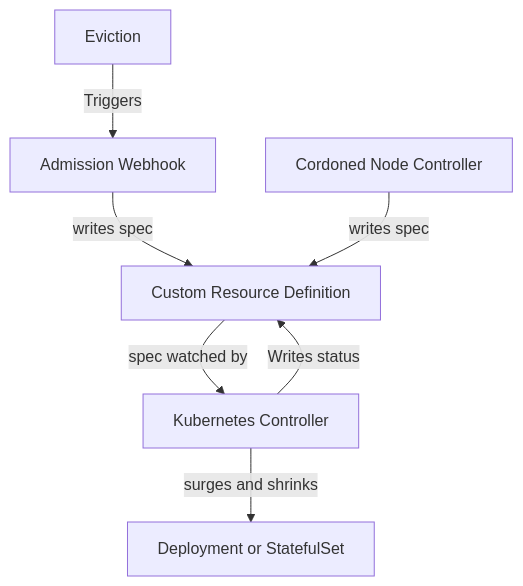
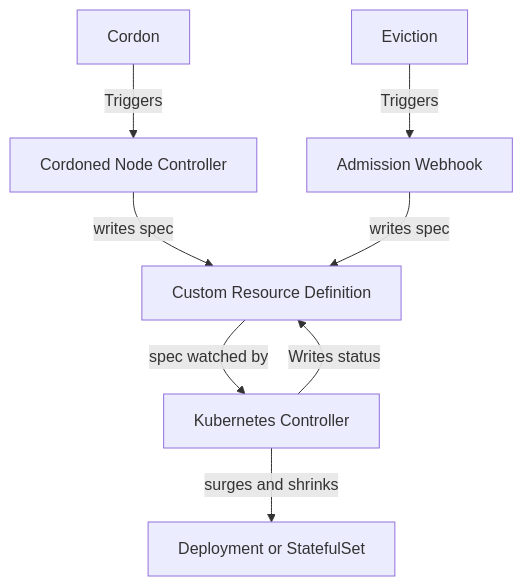
The diagram in README.md (Azure/eviction-autoscaler), drawn with Mermaid before and after one commit. The commit also changed other lines of this file, not shown here.

````diff
--- a/README.md
+++ b/README.md
@@ -37,16 +42,18 @@
 ```mermaid
 graph TD;
+    Cordon[Cordon]
+    NodeController[Cordoned Node Controller]
     Eviction[Eviction]
     Webhook[Admission Webhook]
-    NodeController[Cordoned Node Controller]
     CRD[Custom Resource Definition]
     Controller[Kubernetes Controller]
     Deployment[Deployment or StatefulSet]
 
+    Cordon -->|Triggers| NodeController
+    NodeController -->|writes spec| CRD
     Eviction -->|Triggers| Webhook
     Webhook -->|writes spec| CRD 
-    NodeController -->|writes spec| CRD
     CRD -->|spec watched by| Controller
     Controller -->|surges and shrinks| Deployment
     Controller -->|Writes status| CRD
 ```
````
